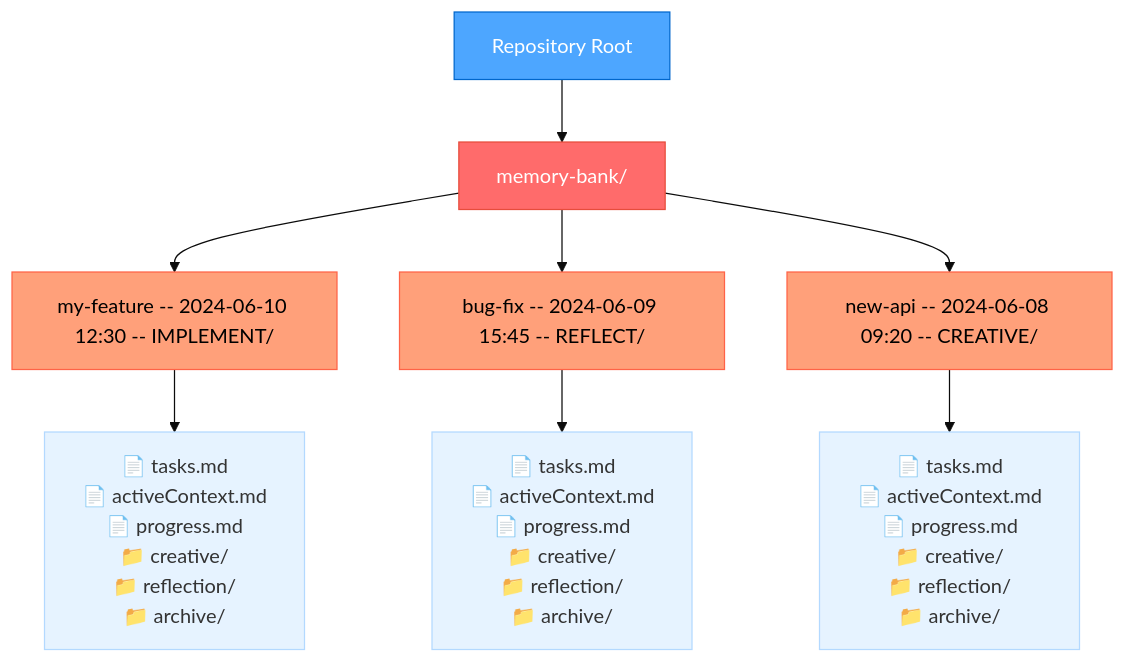
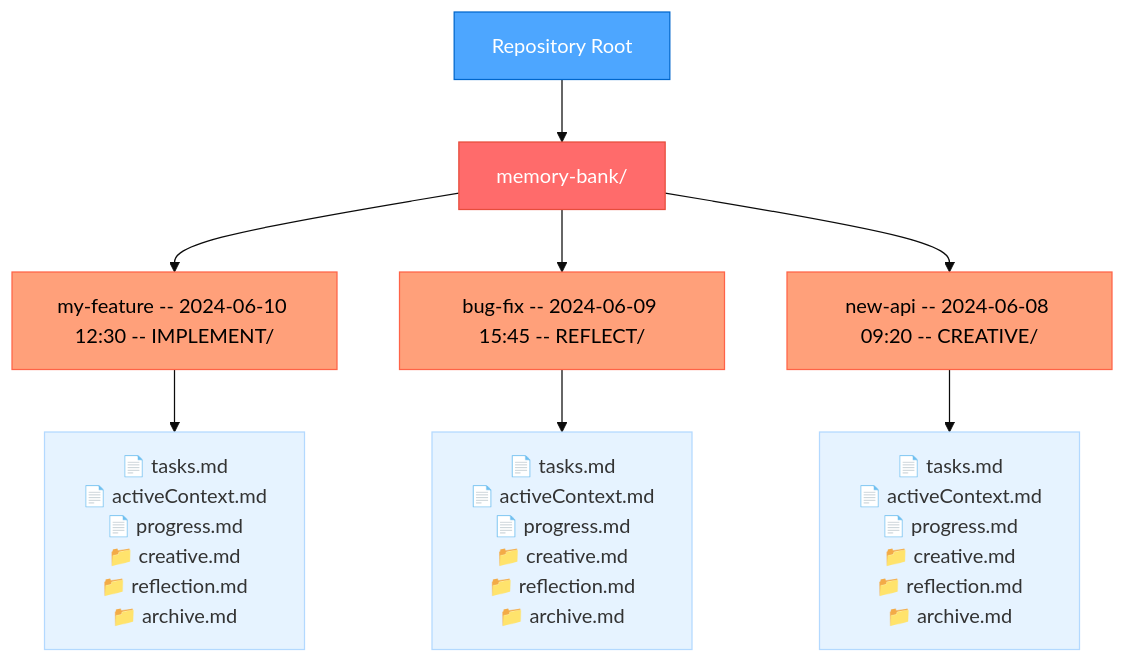
One commit to jedita/cursor-memory-bank changed the second of 4 diagrams in README.md. Above: the diagram before and after it, drawn with Mermaid (base theme). The commit also changed other lines of this file and 16 other files, not shown here.

````diff
--- a/README.md
+++ b/README.md
@@ -231,20 +231,20 @@
 ```mermaid
 graph TD
     Repo["Repository Root"] --> MB["memory-bank/"]
     MB --> P1["my-feature -- 2024-06-10 12:30 -- IMPLEMENT/"]
     MB --> P2["bug-fix -- 2024-06-09 15:45 -- REFLECT/"]
     MB --> P3["new-api -- 2024-06-08 09:20 -- CREATIVE/"]
     
-    P1 --> F1["📄 tasks.md<br>📄 activeContext.md<br>📄 progress.md<br>📁 creative/<br>📁 reflection/<br>📁 archive/"]
-    P2 --> F2["📄 tasks.md<br>📄 activeContext.md<br>📄 progress.md<br>📁 creative/<br>📁 reflection/<br>📁 archive/"]
-    P3 --> F3["📄 tasks.md<br>📄 activeContext.md<br>📄 progress.md<br>📁 creative/<br>📁 reflection/<br>📁 archive/"]
+    P1 --> F1["📄 tasks.md<br>📄 activeContext.md<br>📄 progress.md<br>📁 creative.md<br>📁 reflection.md<br>📁 archive.md"]
+    P2 --> F2["📄 tasks.md<br>📄 activeContext.md<br>📄 progress.md<br>📁 creative.md<br>📁 reflection.md<br>📁 archive.md"]
+    P3 --> F3["📄 tasks.md<br>📄 activeContext.md<br>📄 progress.md<br>📁 creative.md<br>📁 reflection.md<br>📁 archive.md"]
     
     style Repo fill:#4da6ff,stroke:#0066cc,color:white
     style MB fill:#ff6b6b,stroke:#e74c3c,color:white
     style P1 fill:#ffa07a,stroke:#ff6347,color:black
     style P2 fill:#ffa07a,stroke:#ff6347,color:black
     style P3 fill:#ffa07a,stroke:#ff6347,color:black
     style F1 fill:#e6f3ff,stroke:#b3d9ff
     style F2 fill:#e6f3ff,stroke:#b3d9ff
     style F3 fill:#e6f3ff,stroke:#b3d9ff
 ```
````
